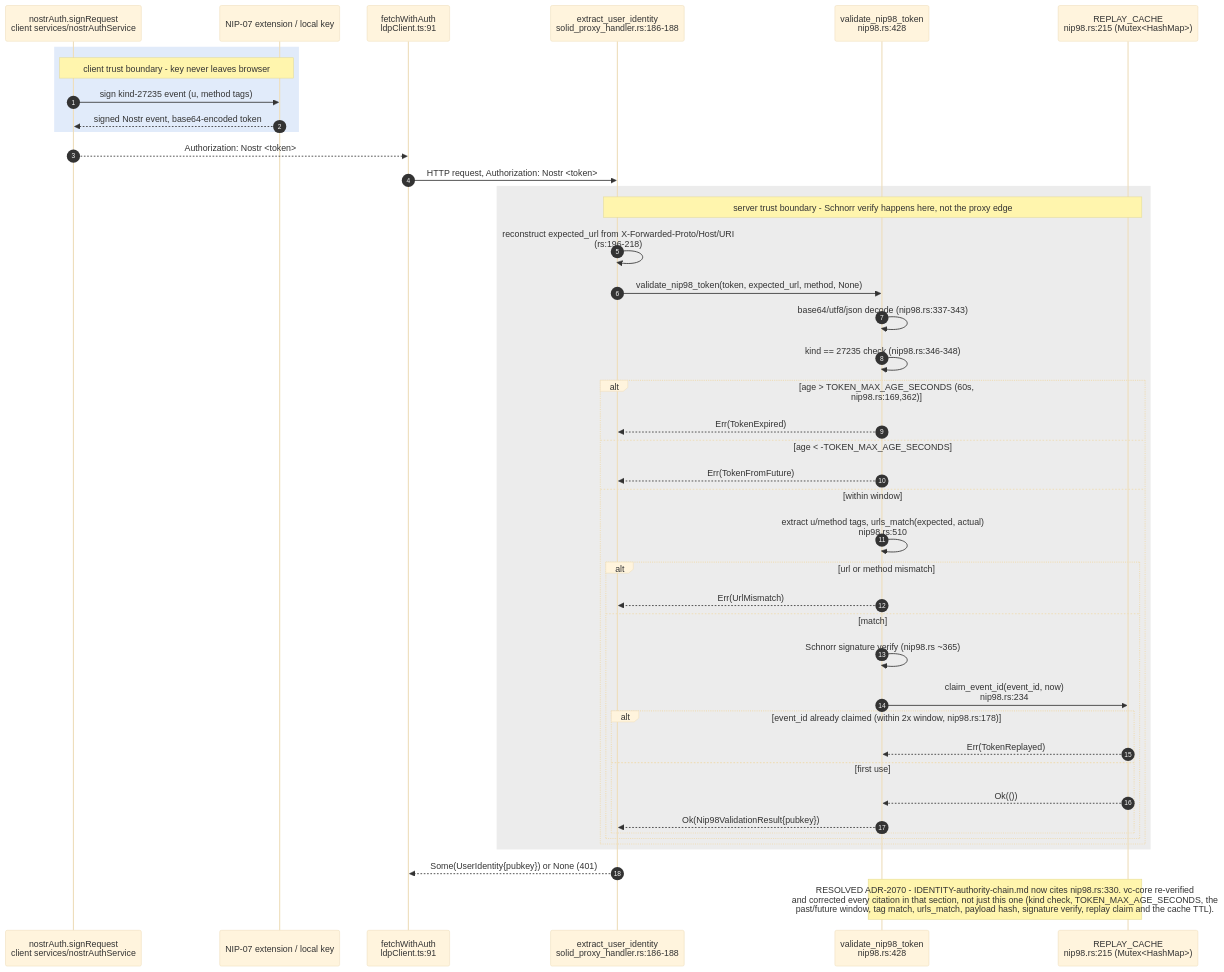
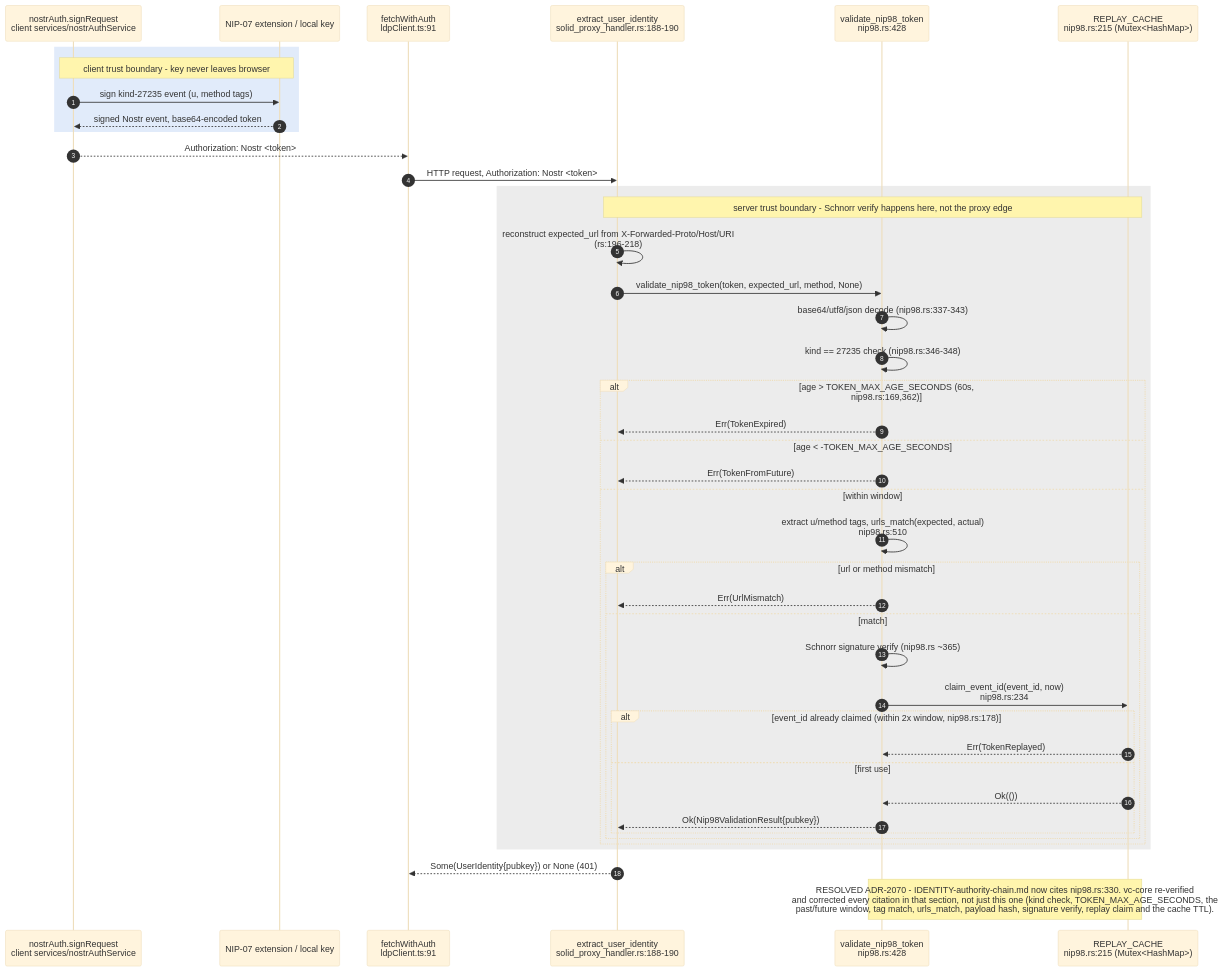
Before and after one commit to DreamLab-AI/VisionFlow: the fourth of 13 diagrams in docs/diagrams/visionclaw/26-solid-pod-and-jss.md, drawn with Mermaid (base theme). The commit also changed other lines of this file and 111 other files, not shown here.

Commit message:
docs(diagrams): align estate maps with current source

````diff
--- a/docs/diagrams/visionclaw/26-solid-pod-and-jss.md
+++ b/docs/diagrams/visionclaw/26-solid-pod-and-jss.md
@@ -163,47 +163,47 @@
 ```mermaid
 sequenceDiagram
     autonumber
     participant NA as nostrAuth.signRequest<br/>client services/nostrAuthService
     participant EXT as NIP-07 extension / local key
     rect rgb(225,235,250)
     Note over NA,EXT: client trust boundary - key never leaves browser
     NA->>EXT: sign kind-27235 event (u, method tags)
     EXT-->>NA: signed Nostr event, base64-encoded token
     end
     NA-->>ldp: Authorization: Nostr <token>
 
     participant ldp as fetchWithAuth<br/>ldpClient.ts:91
-    participant AUTH as extract_user_identity<br/>solid_proxy_handler.rs:186-188
+    participant AUTH as extract_user_identity<br/>solid_proxy_handler.rs:188-190
     participant VAL as validate_nip98_token<br/>nip98.rs:428
     participant CACHE as REPLAY_CACHE<br/>nip98.rs:215 (Mutex<HashMap>)
 
     ldp->>AUTH: HTTP request, Authorization: Nostr <token>
     rect rgb(236,236,236)
     Note over AUTH,CACHE: server trust boundary - Schnorr verify happens here, not the proxy edge
     AUTH->>AUTH: reconstruct expected_url from X-Forwarded-Proto/Host/URI<br/>(rs:196-218)
     AUTH->>VAL: validate_nip98_token(token, expected_url, method, None)
     VAL->>VAL: base64/utf8/json decode (nip98.rs:337-343)
     VAL->>VAL: kind == 27235 check (nip98.rs:346-348)
     alt age > TOKEN_MAX_AGE_SECONDS (60s, nip98.rs:169,362)
         VAL-->>AUTH: Err(TokenExpired)
     else age < -TOKEN_MAX_AGE_SECONDS
         VAL-->>AUTH: Err(TokenFromFuture)
     else within window
         VAL->>VAL: extract u/method tags, urls_match(expected, actual)<br/>nip98.rs:510
         alt url or method mismatch
             VAL-->>AUTH: Err(UrlMismatch)
         else match
             VAL->>VAL: Schnorr signature verify (nip98.rs ~365)
             VAL->>CACHE: claim_event_id(event_id, now)<br/>nip98.rs:234
             alt event_id already claimed (within 2x window, nip98.rs:178)
                 CACHE-->>VAL: Err(TokenReplayed)
             else first use
                 CACHE-->>VAL: Ok(())
                 VAL-->>AUTH: Ok(Nip98ValidationResult{pubkey})
             end
         end
     end
     end
     AUTH-->>ldp: Some(UserIdentity{pubkey}) or None (401)
     Note over VAL,CACHE: RESOLVED ADR-2070 - IDENTITY-authority-chain.md now cites nip98.rs:330. vc-core re-verified<br/>and corrected every citation in that section, not just this one (kind check, TOKEN_MAX_AGE_SECONDS, the<br/>past/future window, tag match, urls_match, payload hash, signature verify, replay claim and the cache TTL).
 ```
````
